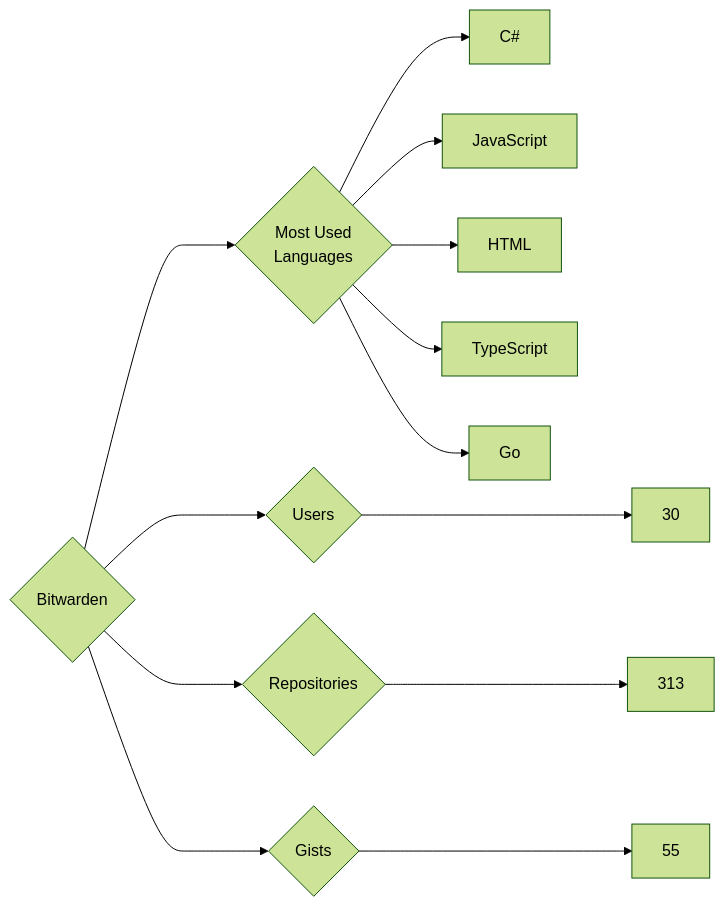
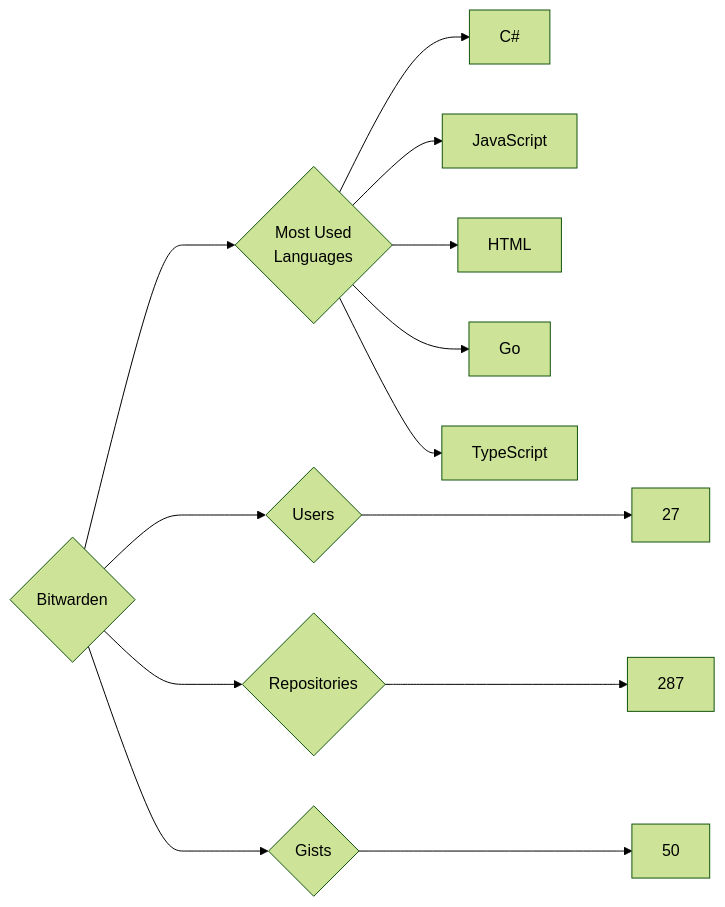
Before and after one commit to trickest/insiders: the diagram in targets/Bitwarden/README.md, drawn with Mermaid (forest theme). The commit also changed 782 other files, not shown here.

````diff
--- a/targets/Bitwarden/README.md
+++ b/targets/Bitwarden/README.md
@@ -3,13 +3,13 @@
 ```mermaid
 graph LR
 COMPANY_NAME{Bitwarden}
-COMPANY_NAME ---> U{Users} ---> UN[30]
-COMPANY_NAME ---> R{Repositories} ---> RN[313]
-COMPANY_NAME ---> G{Gists} ---> GN[55]
+COMPANY_NAME ---> U{Users} ---> UN[27]
+COMPANY_NAME ---> R{Repositories} ---> RN[287]
+COMPANY_NAME ---> G{Gists} ---> GN[50]
 COMPANY_NAME ---> ML{Most Used<br>Languages}
 ML --> C#[C#]
 ML --> JavaScript[JavaScript]
 ML --> HTML[HTML]
+ML --> Go[Go]
 ML --> TypeScript[TypeScript]
-ML --> Go[Go]
 ```
````
